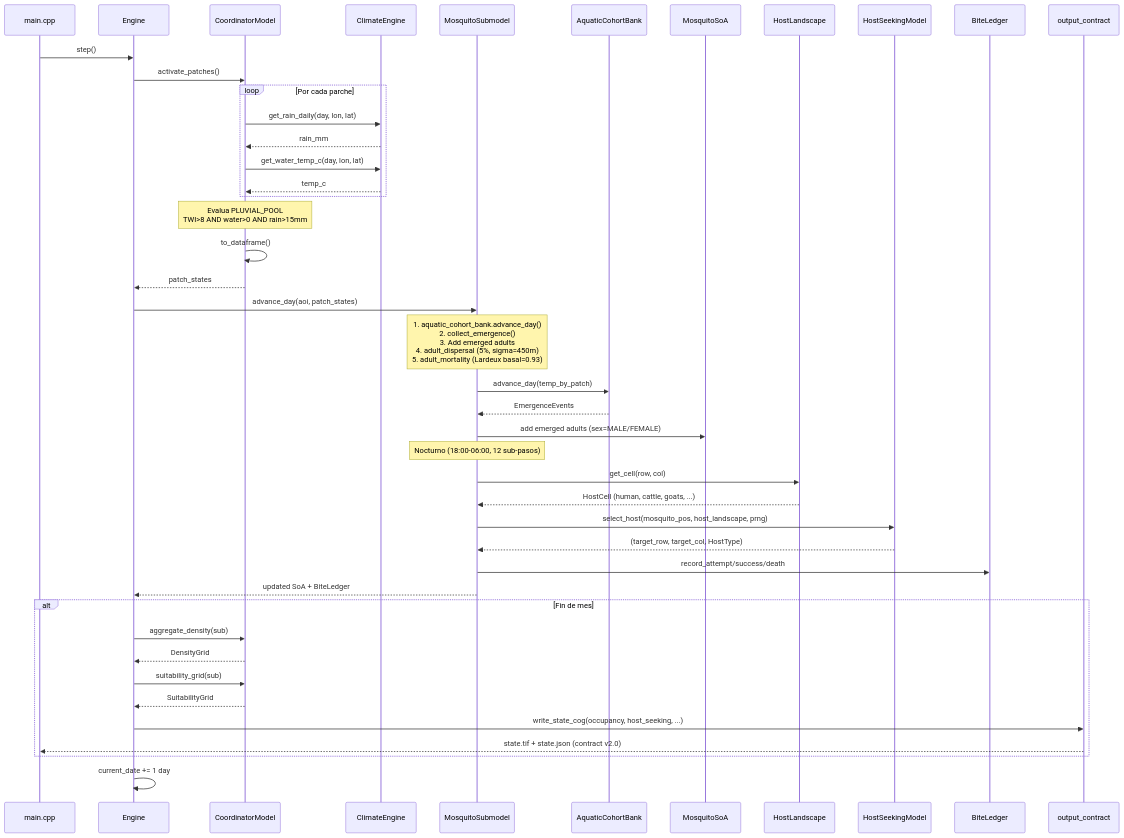
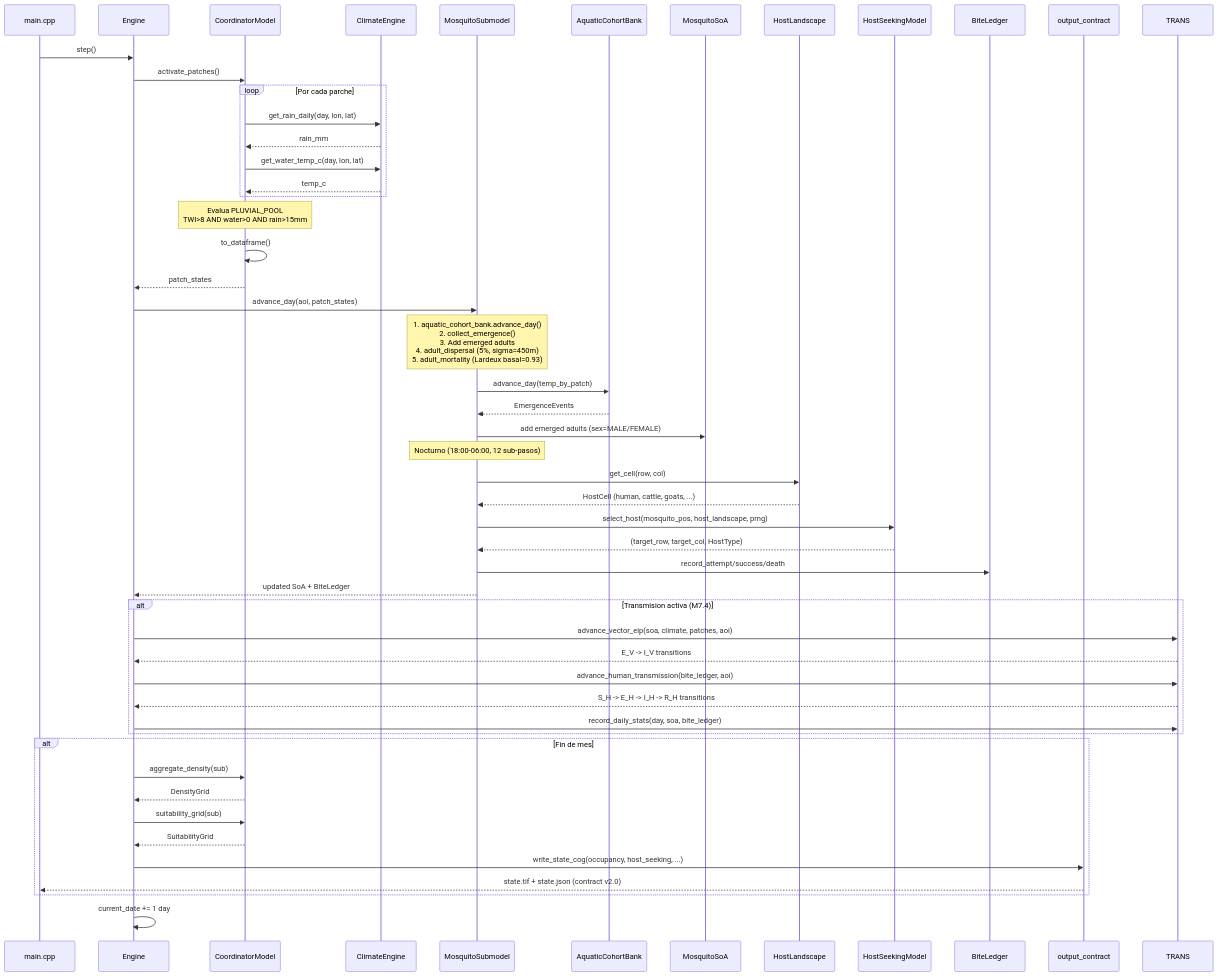
One commit to ANFAIA/MalariaSentinel changed the tenth of 14 diagrams in docs/system-status.md. Above: the diagram before and after it, drawn with Mermaid. The commit also changed other lines of this file and 12 other files, not shown here.

````diff
--- a/docs/system-status.md
+++ b/docs/system-status.md
@@ -641,56 +659,64 @@
 ```mermaid
 sequenceDiagram
     participant CLI as main.cpp
     participant ENG as Engine
     participant COORD as CoordinatorModel
     participant CLIM as ClimateEngine
     participant SUB as MosquitoSubmodel
     participant AQUA as AquaticCohortBank
     participant SOA as MosquitoSoA
     participant HOST as HostLandscape
     participant SEEK as HostSeekingModel
     participant BITE as BiteLedger
     participant OUT as output_contract
 
     CLI->>ENG: step()
     ENG->>COORD: activate_patches()
 
     loop Por cada parche
         COORD->>CLIM: get_rain_daily(day, lon, lat)
         CLIM-->>COORD: rain_mm
         COORD->>CLIM: get_water_temp_c(day, lon, lat)
         CLIM-->>COORD: temp_c
     end
 
     Note over COORD: Evalua PLUVIAL_POOL<br/>TWI>8 AND water>0 AND rain>15mm
 
     COORD->>COORD: to_dataframe()
     COORD-->>ENG: patch_states
     ENG->>SUB: advance_day(aoi, patch_states)
 
     Note over SUB: 1. aquatic_cohort_bank.advance_day()<br/>2. collect_emergence()<br/>3. Add emerged adults<br/>4. adult_dispersal (5%, sigma=450m)<br/>5. adult_mortality (Lardeux basal=0.93)
 
     SUB->>AQUA: advance_day(temp_by_patch)
     AQUA-->>SUB: EmergenceEvents
     SUB->>SOA: add emerged adults (sex=MALE/FEMALE)
 
     Note over SUB: Nocturno (18:00-06:00, 12 sub-pasos)
     SUB->>HOST: get_cell(row, col)
     HOST-->>SUB: HostCell (human, cattle, goats, ...)
     SUB->>SEEK: select_host(mosquito_pos, host_landscape, prng)
     SEEK-->>SUB: (target_row, target_col, HostType)
     SUB->>BITE: record_attempt/success/death
 
     SUB-->>ENG: updated SoA + BiteLedger
 
+    alt Transmision activa (M7.4)
+        ENG->>TRANS: advance_vector_eip(soa, climate, patches, aoi)
+        TRANS-->>ENG: E_V -> I_V transitions
+        ENG->>TRANS: advance_human_transmission(bite_ledger, aoi)
+        TRANS-->>ENG: S_H -> E_H -> I_H -> R_H transitions
+        ENG->>TRANS: record_daily_stats(day, soa, bite_ledger)
+    end
+
     alt Fin de mes
         ENG->>COORD: aggregate_density(sub)
         COORD-->>ENG: DensityGrid
         ENG->>COORD: suitability_grid(sub)
         COORD-->>ENG: SuitabilityGrid
         ENG->>OUT: write_state_cog(occupancy, host_seeking, ...)
         OUT-->>CLI: state.tif + state.json (contract v2.0)
     end
 
     ENG->>ENG: current_date += 1 day
 ```
````
